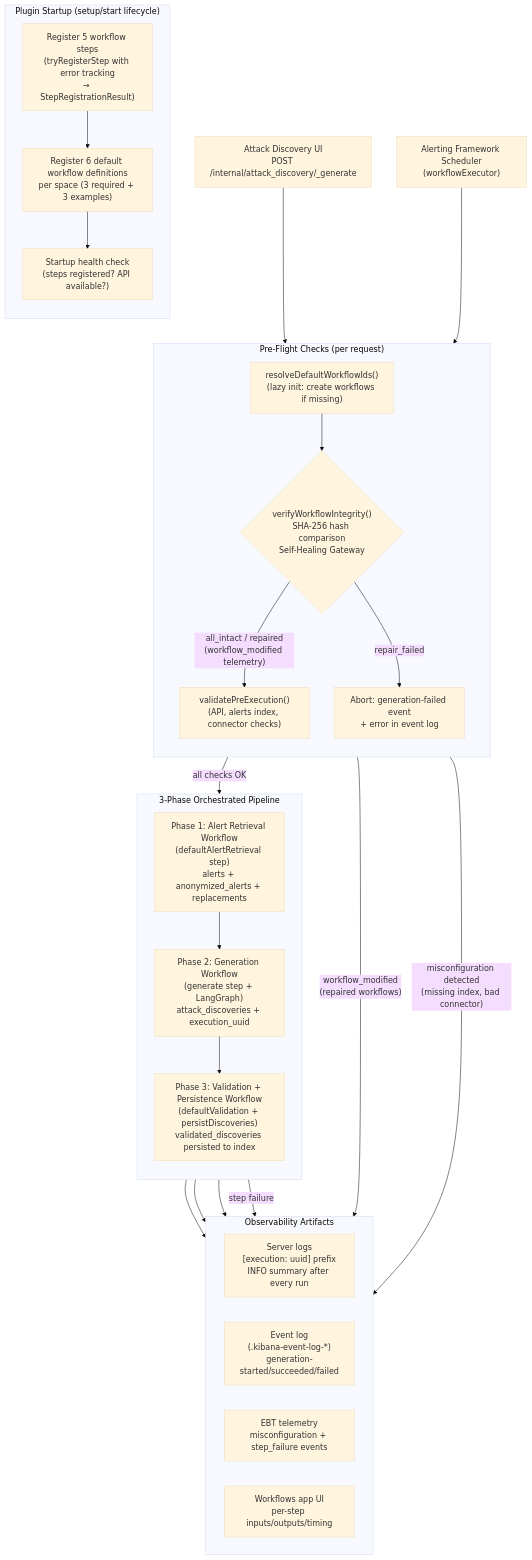
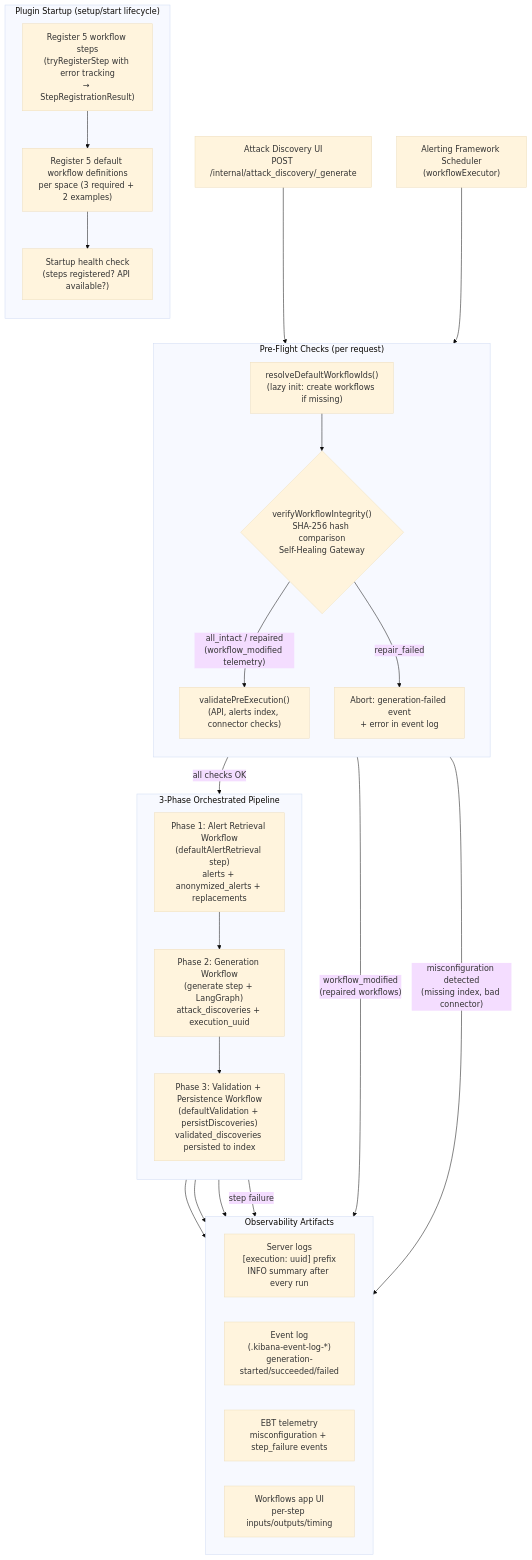
The second of 10 diagrams in x-pack/solutions/security/plugins/discoveries/README.md (Kusanagi238/kibana), drawn with Mermaid (base theme) before and after one commit. The commit also changed other lines of this file and 26 other files, not shown here.

Commit message:
Address desk-test findings: plugin scaffold, workflow definitions, run_step constants, agent-builder integration

````diff
--- a/x-pack/solutions/security/plugins/discoveries/README.md
+++ b/x-pack/solutions/security/plugins/discoveries/README.md
@@ -104,51 +108,51 @@
 ```mermaid
 flowchart TB
     subgraph Startup["Plugin Startup (setup/start lifecycle)"]
         direction TB
         REG["Register 5 workflow steps\n(tryRegisterStep with error tracking\n→ StepRegistrationResult)"]
-        DEFWF["Register 6 default workflow definitions\nper space (3 required + 3 examples)"]
+        DEFWF["Register 5 default workflow definitions\nper space (3 required + 2 examples)"]
         HEALTH["Startup health check\n(steps registered? API available?)"]
         REG --> DEFWF --> HEALTH
     end
 
     UI["Attack Discovery UI\nPOST /internal/attack_discovery/_generate"]
     SCHED["Alerting Framework Scheduler\n(workflowExecutor)"]
 
     UI --> RESOLVE
     SCHED --> RESOLVE
 
     subgraph PreFlight["Pre-Flight Checks (per request)"]
         direction TB
         RESOLVE["resolveDefaultWorkflowIds()\n(lazy init: create workflows if missing)"]
         VERIFY{"verifyWorkflowIntegrity()\nSHA-256 hash comparison\nSelf-Healing Gateway"}
         VALIDATE["validatePreExecution()\n(API, alerts index, connector checks)"]
         RESOLVE --> VERIFY
         VERIFY -->|"all_intact / repaired\n(workflow_modified telemetry)"| VALIDATE
         VERIFY -->|repair_failed| ABORT["Abort: generation-failed event\n+ error in event log"]
     end
 
     subgraph Pipeline["3-Phase Orchestrated Pipeline"]
         direction TB
         R["Phase 1: Alert Retrieval Workflow\n(defaultAlertRetrieval step)\nalerts + anonymized_alerts + replacements"]
         G["Phase 2: Generation Workflow\n(generate step + LangGraph)\nattack_discoveries + execution_uuid"]
         V["Phase 3: Validation + Persistence Workflow\n(defaultValidation + persistDiscoveries)\nvalidated_discoveries persisted to index"]
         R --> G --> V
     end
 
     VALIDATE -->|all checks OK| Pipeline
 
     subgraph Observe["Observability Artifacts"]
         direction LR
         LOG["Server logs\n[execution: uuid] prefix\nINFO summary after every run"]
         EVT["Event log\n(.kibana-event-log-*)\ngeneration-started/succeeded/failed"]
         EBT["EBT telemetry\nmisconfiguration + step_failure events"]
         WFUI["Workflows app UI\nper-step inputs/outputs/timing"]
     end
 
     Pipeline --> LOG
     Pipeline --> EVT
     Pipeline --> WFUI
     VERIFY -->|"workflow_modified\n(repaired workflows)"| EBT
     VALIDATE -->|"misconfiguration detected\n(missing index, bad connector)"| EBT
     Pipeline -->|step failure| EBT
 ```
````
